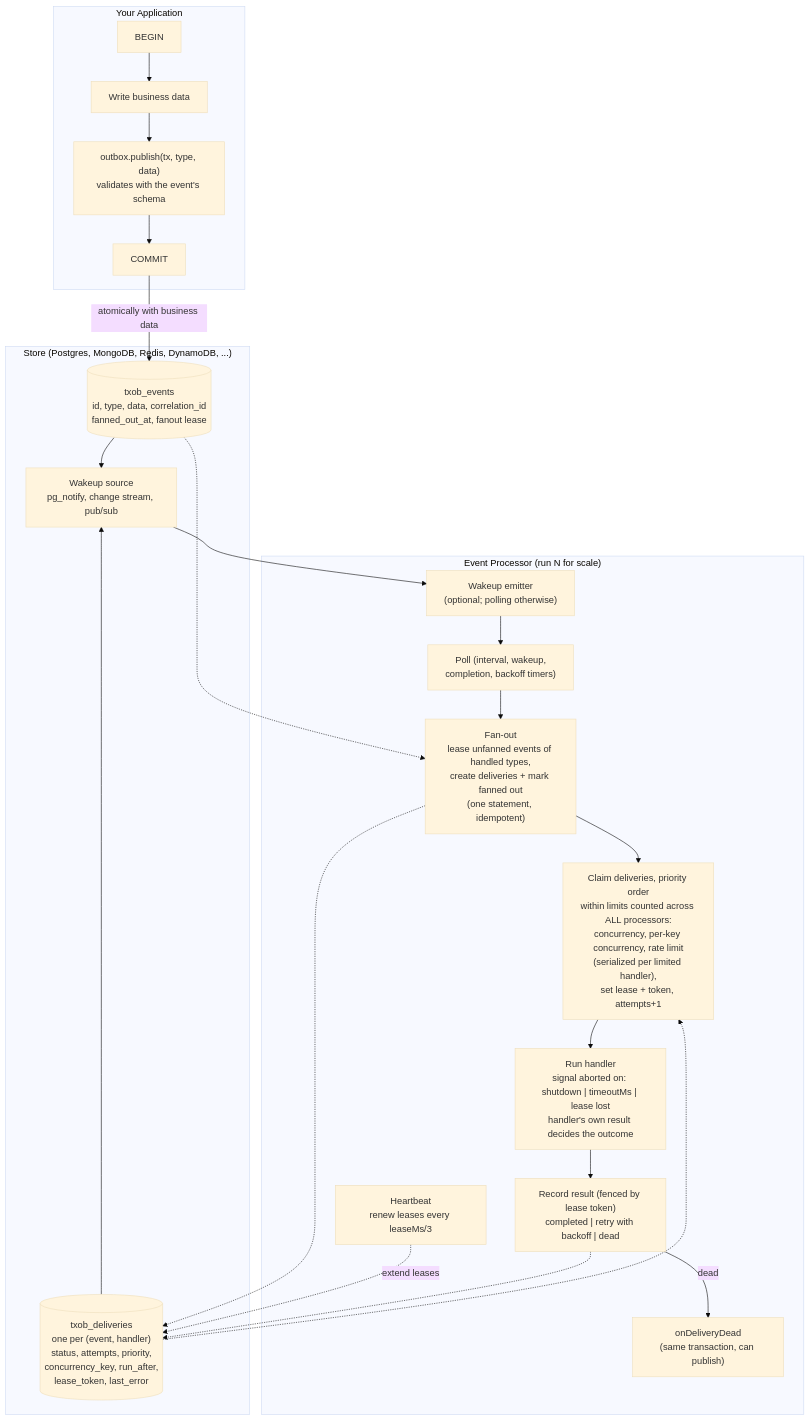
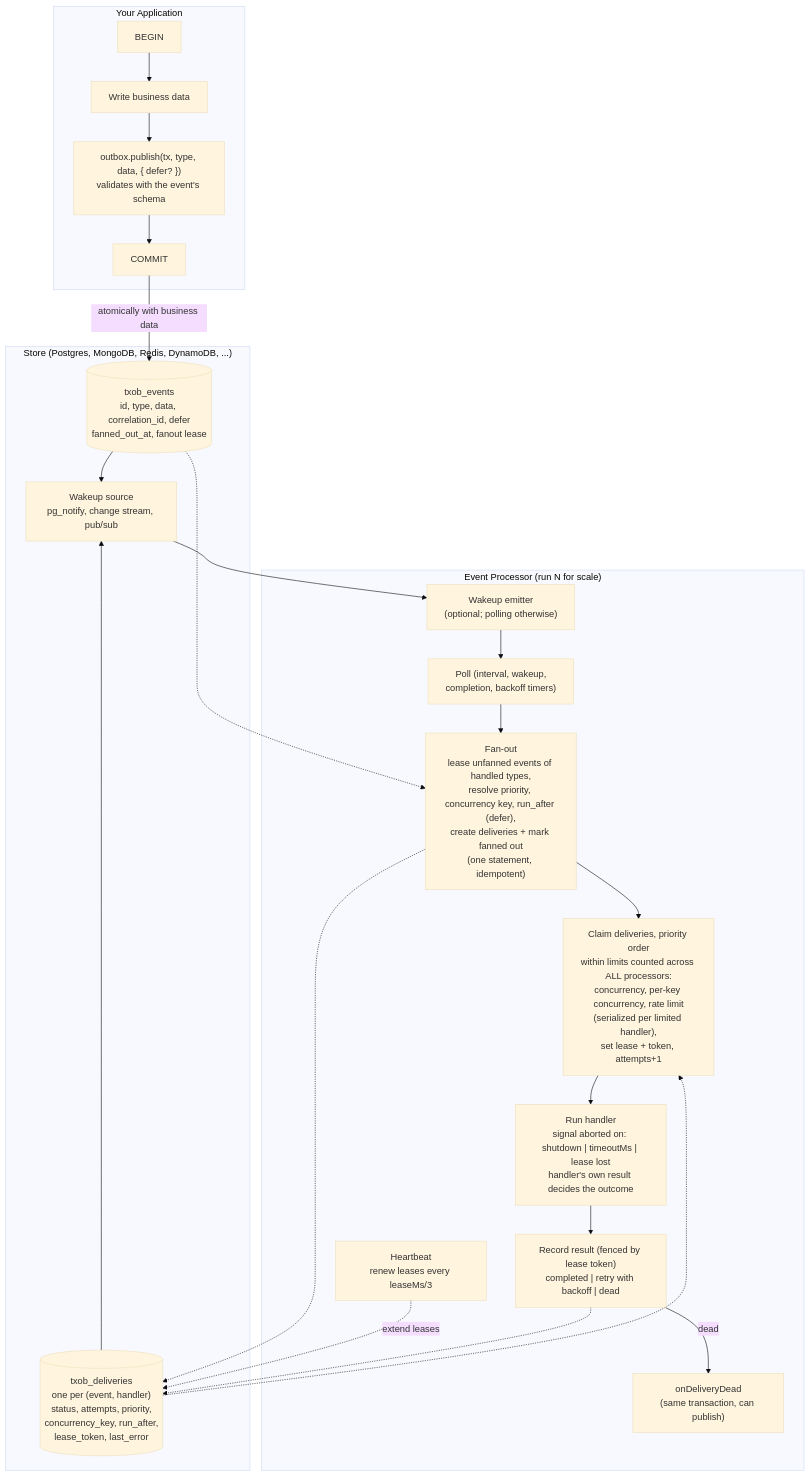
The diagram in architecture.mmd (osbytes/txob), drawn with Mermaid (base theme) before and after one commit. The commit also changed 23 other files, not shown here.

```diff
--- a/architecture.mmd
+++ b/architecture.mmd
@@ -1,39 +1,39 @@
 graph TB
     subgraph Application["Your Application"]
         AppTx["BEGIN"]
         AppData["Write business data"]
-        AppPublish["outbox.publish(tx, type, data)<br/>validates with the event's schema"]
+        AppPublish["outbox.publish(tx, type, data, { defer? })<br/>validates with the event's schema"]
         AppCommit["COMMIT"]
         AppTx --> AppData --> AppPublish --> AppCommit
     end
 
     subgraph Database["Store (Postgres, MongoDB, Redis, DynamoDB, ...)"]
-        Events[("txob_events<br/>id, type, data, correlation_id<br/>fanned_out_at, fanout lease")]
+        Events[("txob_events<br/>id, type, data, correlation_id, defer<br/>fanned_out_at, fanout lease")]
         Deliveries[("txob_deliveries<br/>one per (event, handler)<br/>status, attempts, priority,<br/>concurrency_key, run_after,<br/>lease_token, last_error")]
         Notify["Wakeup source<br/>pg_notify, change stream, pub/sub"]
     end
 
     AppCommit -->|"atomically with business data"| Events
     Events --> Notify
     Deliveries --> Notify
 
     subgraph Processor["Event Processor (run N for scale)"]
         Wakeup["Wakeup emitter<br/>(optional; polling otherwise)"]
         Poll["Poll (interval, wakeup,<br/>completion, backoff timers)"]
-        Fanout["Fan-out<br/>lease unfanned events of handled types,<br/>create deliveries + mark fanned out<br/>(one statement, idempotent)"]
+        Fanout["Fan-out<br/>lease unfanned events of handled types,<br/>resolve priority, concurrency key, run_after (defer),<br/>create deliveries + mark fanned out<br/>(one statement, idempotent)"]
         Claim["Claim deliveries, priority order<br/>within limits counted across ALL processors:<br/>concurrency, per-key concurrency, rate limit<br/>(serialized per limited handler),<br/>set lease + token, attempts+1"]
         Run["Run handler<br/>signal aborted on: shutdown | timeoutMs | lease lost<br/>handler's own result decides the outcome"]
         Heartbeat["Heartbeat<br/>renew leases every leaseMs/3"]
         Record["Record result (fenced by lease token)<br/>completed | retry with backoff | dead"]
         DeadHook["onDeliveryDead<br/>(same transaction, can publish)"]
     end
 
     Notify --> Wakeup --> Poll
     Poll --> Fanout --> Claim
     Events -.-> Fanout
     Fanout -.-> Deliveries
     Deliveries -.-> Claim
     Claim --> Run --> Record
     Heartbeat -.->|"extend leases"| Deliveries
     Record -->|"dead"| DeadHook
     Record -.-> Deliveries
```
